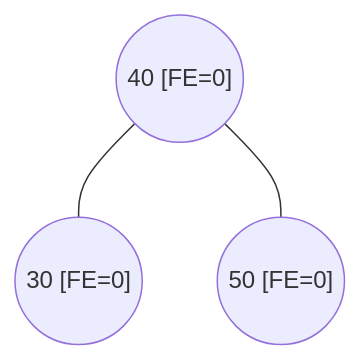
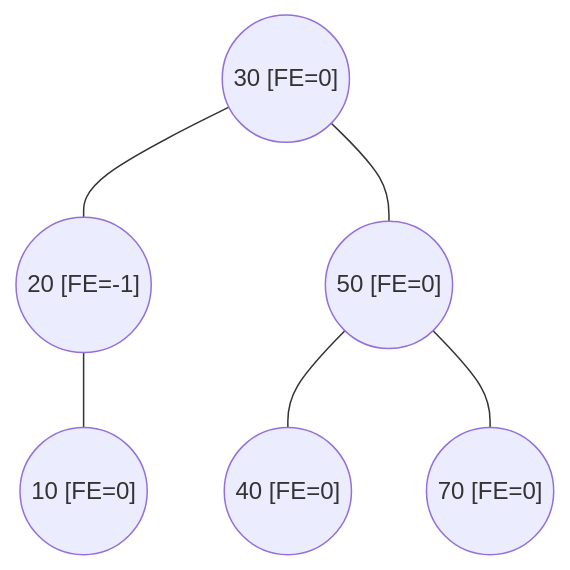
Diagram 19 of 34 in 03-arboles.md (frijolitobandido/Guia_Matematica_Discreta), drawn with Mermaid before and after one commit. The commit also changed other lines of this file, not shown here.

````diff
--- a/03-arboles.md
+++ b/03-arboles.md
@@ -535,5 +548,8 @@
 ```mermaid
 graph TD
-    f1(("40 [FE=0]")) --- f2(("30 [FE=0]"))
+    f1(("30 [FE=0]")) --- f2(("20 [FE=-1]"))
     f1 --- f3(("50 [FE=0]"))
+    f2 --- f4(("10 [FE=0]"))
+    f3 --- f5(("40 [FE=0]"))
+    f3 --- f6(("70 [FE=0]"))
 ```
````
